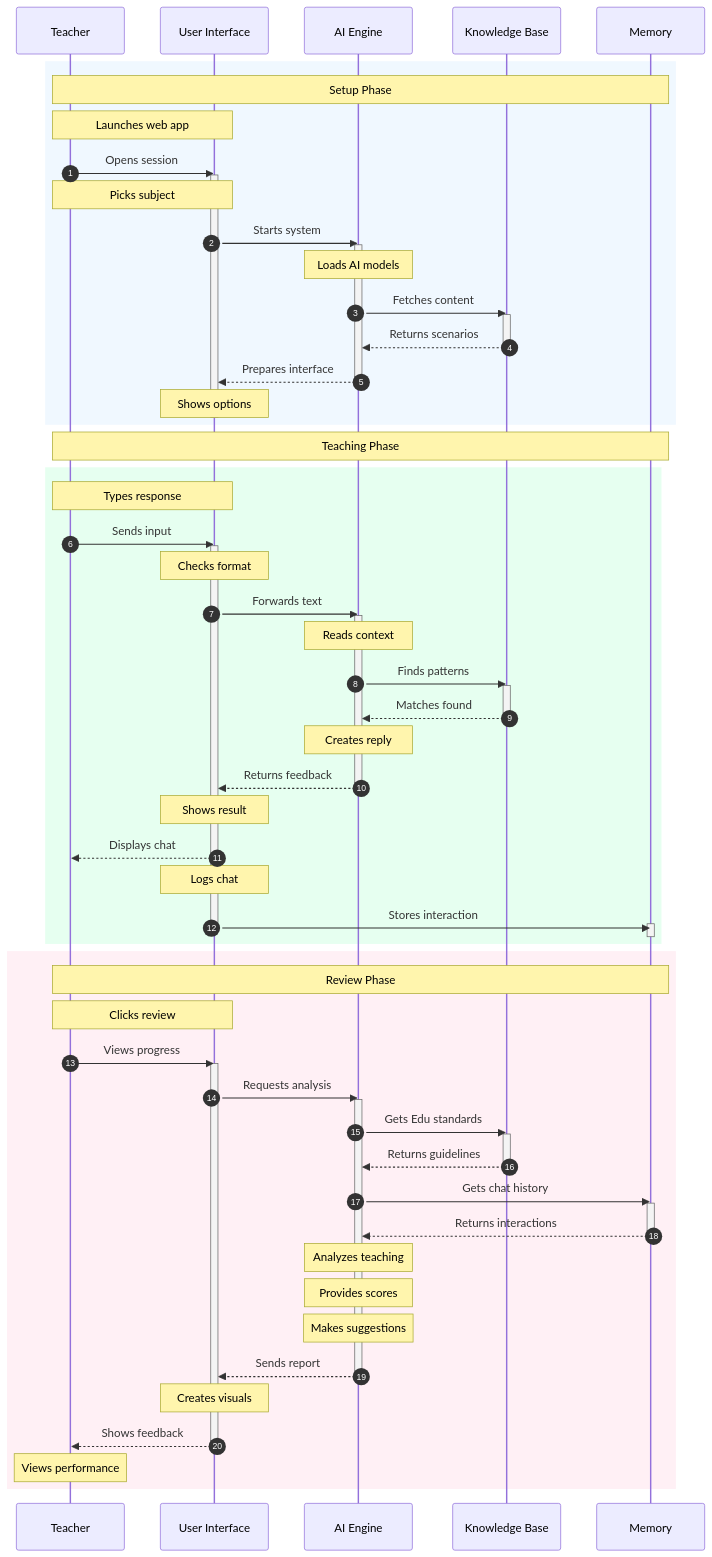
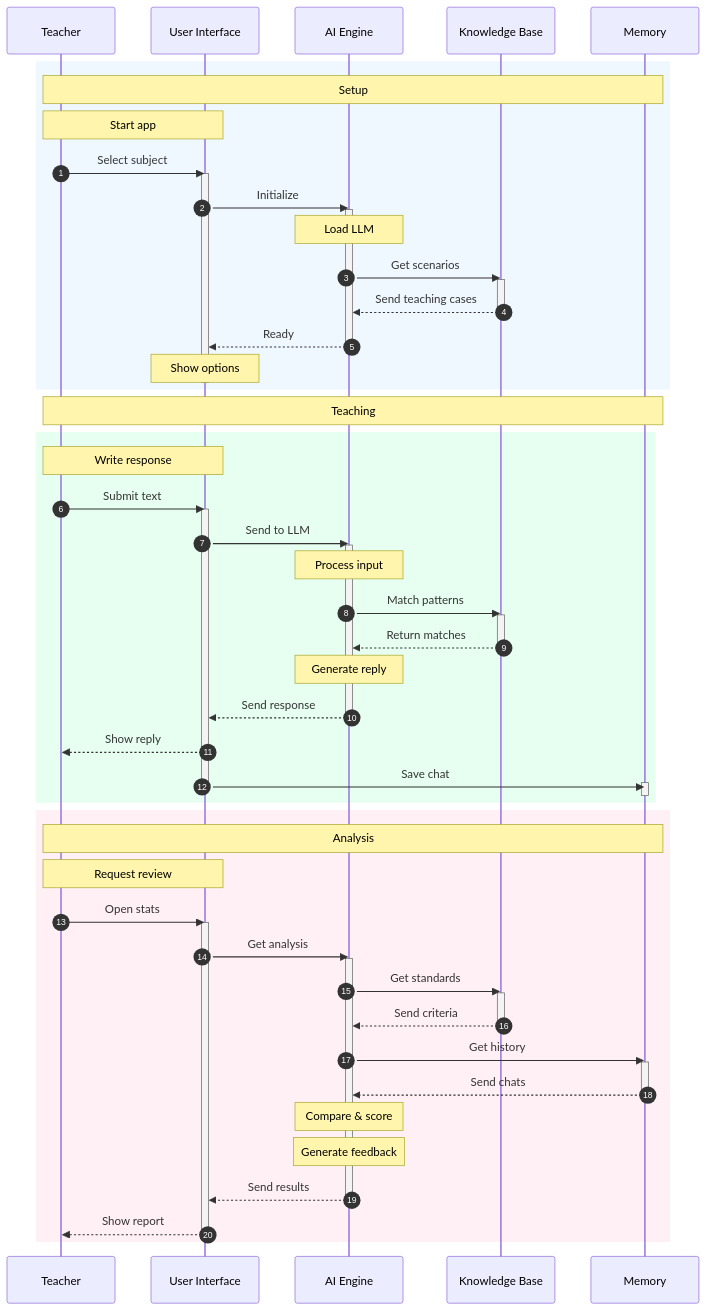
One commit to UVU-AI-Innovate/teacher-training-chatbot changed the diagram in README.md. Above: the diagram before and after it, drawn with Mermaid.

Commit message:
Simplify and streamline sequence diagram annotations
- Reduce verbosity of diagram notes and labels
- Maintain core interaction flow and system phases
- Improve readability by using more concise terminology
- Preserve overall diagram structure and component interactions

````diff
--- a/README.md
+++ b/README.md
@@ -15,57 +15,53 @@
     
     %% Styling
     rect rgb(240, 248, 255)
-        Note over T,M: Setup Phase
-        Note over T,UI: Launches web app
+        Note over T,M: Setup
+        Note over T,UI: Start app
         
-        T->>UI: Opens session
+        T->>UI: Select subject
         activate UI
         
-        Note over T,UI: Picks subject
-        UI->>Engine: Starts system
+        UI->>Engine: Initialize
         activate Engine
         
-        Note over Engine: Loads AI models
-        Engine->>KB: Fetches content
+        Note over Engine: Load LLM
+        Engine->>KB: Get scenarios
         activate KB
         
-        KB-->>Engine: Returns scenarios
+        KB-->>Engine: Send teaching cases
         deactivate KB
         
-        Engine-->>UI: Prepares interface
+        Engine-->>UI: Ready
         deactivate Engine
         
-        Note over UI: Shows options
+        Note over UI: Show options
         deactivate UI
     end
     
-    Note over T,M: Teaching Phase
+    Note over T,M: Teaching
     rect rgb(230, 255, 240)
-        Note over T,UI: Types response
+        Note over T,UI: Write response
         
-        T->>UI: Sends input
+        T->>UI: Submit text
         activate UI
         
-        Note over UI: Checks format
-        UI->>Engine: Forwards text
+        UI->>Engine: Send to LLM
         activate Engine
         
-        Note over Engine: Reads context
-        Engine->>KB: Finds patterns
+        Note over Engine: Process input
+        Engine->>KB: Match patterns
         activate KB
         
-        KB-->>Engine: Matches found
+        KB-->>Engine: Return matches
         deactivate KB
         
-        Note over Engine: Creates reply
-        Engine-->>UI: Returns feedback
+        Note over Engine: Generate reply
+        Engine-->>UI: Send response
         deactivate Engine
         
-        Note over UI: Shows result
-        UI-->>T: Displays chat
+        UI-->>T: Show reply
         
-        Note over UI: Logs chat
-        UI->>M: Stores interaction
+        UI->>M: Save chat
         activate M
         
         deactivate M
@@ -73,38 +69,34 @@
     end
     
     rect rgb(255, 240, 245)
-        Note over T,M: Review Phase
-        Note over T,UI: Clicks review
+        Note over T,M: Analysis
+        Note over T,UI: Request review
         
-        T->>UI: Views progress
+        T->>UI: Open stats
         activate UI
         
-        UI->>Engine: Requests analysis
+        UI->>Engine: Get analysis
         activate Engine
         
-        Engine->>KB: Gets Edu standards
+        Engine->>KB: Get standards
         activate KB
         
-        KB-->>Engine: Returns guidelines
+        KB-->>Engine: Send criteria
         deactivate KB
         
-        Engine->>M: Gets chat history
+        Engine->>M: Get history
         activate M
         
-        M-->>Engine: Returns interactions
+        M-->>Engine: Send chats
         deactivate M
         
-        Note over Engine: Analyzes teaching
-        Note over Engine: Provides scores
-        Note over Engine: Makes suggestions
+        Note over Engine: Compare & score
+        Note over Engine: Generate feedback
         
-        Engine-->>UI: Sends report
+        Engine-->>UI: Send results
         deactivate Engine
         
-        Note over UI: Creates visuals
-        UI-->>T: Shows feedback
+        UI-->>T: Show report
         deactivate UI
-        
-        Note over T: Views performance
     end
 ```
````
